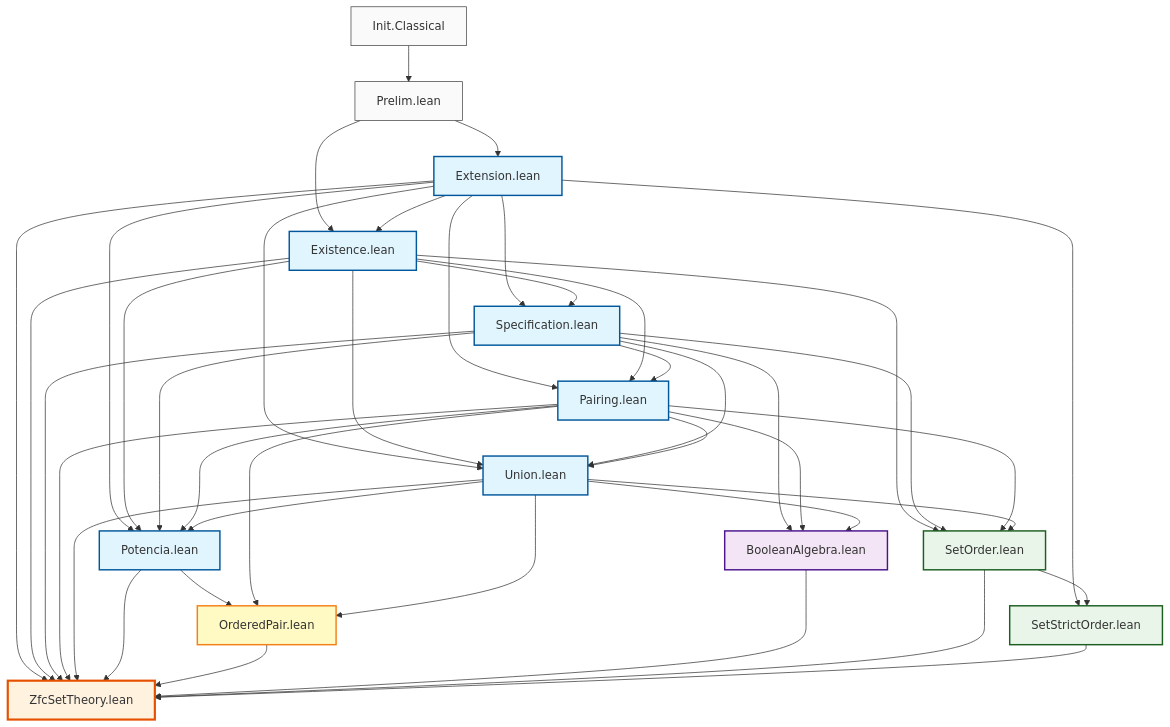
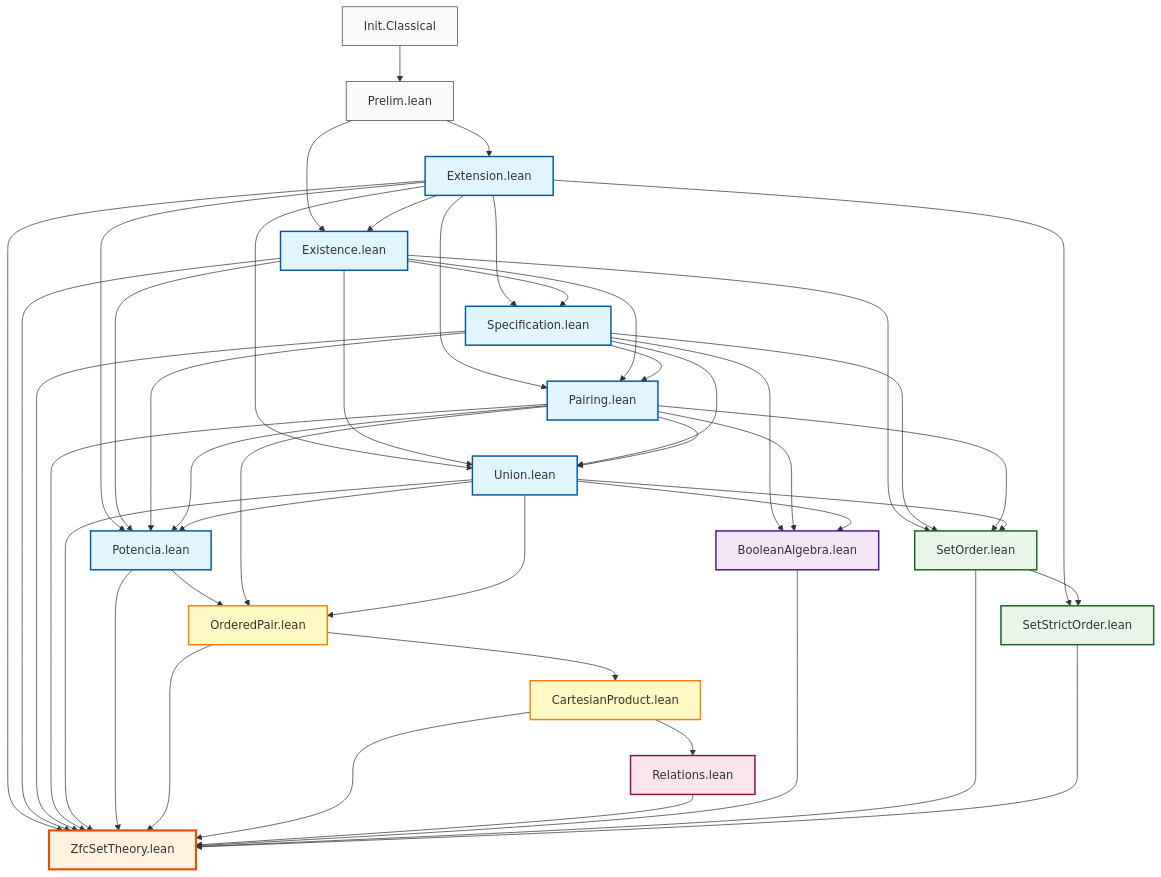
One commit to julian1c2a/ZfcSetTheory changed the diagram in DEPENDENCIES.md. Above: the diagram before and after it, drawn with Mermaid. The commit also changed other lines of this file and 11 other files, not shown here.

````diff
--- a/DEPENDENCIES.md
+++ b/DEPENDENCIES.md
@@ -58,7 +59,13 @@
     Pa --> OP
     U --> OP
     
-    %% Nivel 6: Álgebras y órdenes
+    %% Nivel 6: Producto Cartesiano
+    OP --> CP[CartesianProduct.lean]
+    
+    %% Nivel 7: Relaciones
+    CP --> Rel[Relations.lean]
+    
+    %% Nivel 8: Álgebras y órdenes
     E --> SSO[SetStrictOrder.lean]
     Ex --> SO[SetOrder.lean]
     S --> SO
@@ -69,7 +76,7 @@
     Pa --> BA
     U --> BA
     
-    %% Nivel 7: Módulo principal
+    %% Nivel 9: Módulo principal
     E --> Z[ZfcSetTheory.lean]
     Ex --> Z
     S --> Z
@@ -77,6 +84,8 @@
     U --> Z
     Pot --> Z
     OP --> Z
+    CP --> Z
+    Rel --> Z
     BA --> Z
     SO --> Z
     SSO --> Z
@@ -86,13 +95,15 @@
     classDef algebra fill:#f3e5f5,stroke:#4a148c,stroke-width:2px
     classDef order fill:#e8f5e8,stroke:#1b5e20,stroke-width:2px
     classDef extension fill:#fff9c4,stroke:#f57f17,stroke-width:2px
+    classDef relation fill:#fce4ec,stroke:#880e4f,stroke-width:2px
     classDef main fill:#fff3e0,stroke:#e65100,stroke-width:3px
     classDef external fill:#fafafa,stroke:#424242,stroke-width:1px
     
     class E,Ex,S,Pa,U,Pot axiom
     class BA algebra
     class SO,SSO order
-    class OP extension
+    class OP,CP extension
+    class Rel relation
     class Z main
     class IC,P external
 ```
````
